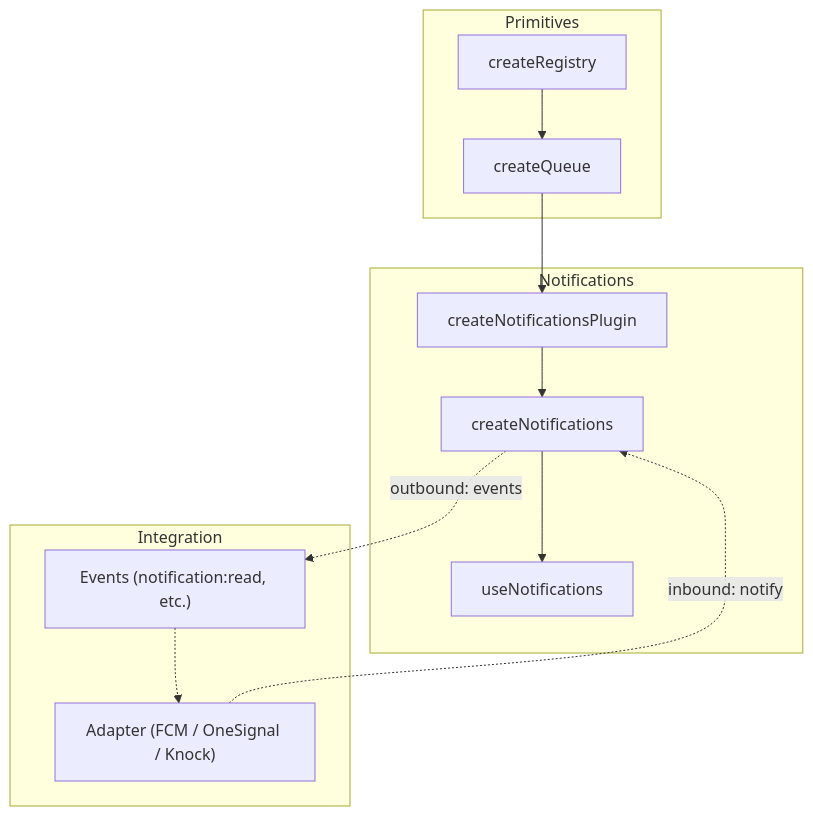
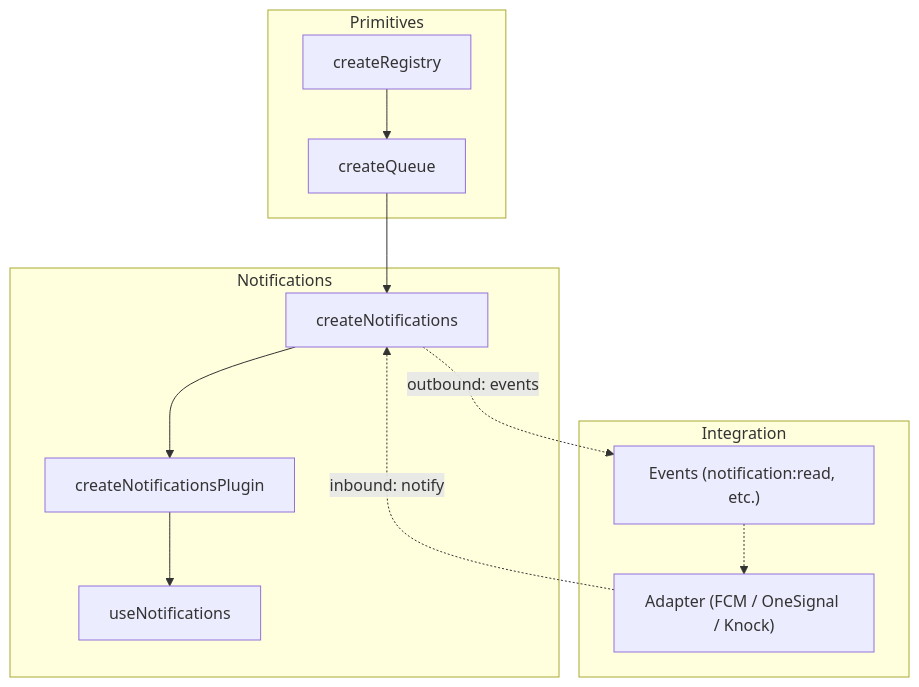
The diagram in apps/docs/src/pages/composables/plugins/use-notifications.md (vuetifyjs/0), drawn with Mermaid before and after one commit. The commit also changed other lines of this file and 1 other file, not shown here.

Commit message:
fix(useNotifications): address inspection findings
- Add fallback to createPluginContext (useNotifications works without provider)
- Remove double onScopeDispose (queue already self-disposes)
- Fix stale "actions" references in JSDoc and docs
- Fix mermaid diagram arrow direction
- Fix dismiss(id) → unregister(id) in docs
- Remove redundant type assertions
- Add @see URL to @module JSDoc

````diff
--- a/apps/docs/src/pages/composables/plugins/use-notifications.md
+++ b/apps/docs/src/pages/composables/plugins/use-notifications.md
@@ -80,26 +80,26 @@
 ```mermaid "Notification Architecture"
 flowchart TB
   subgraph Primitives
     Registry[createRegistry]
     Queue[createQueue]
   end
 
   subgraph Notifications
     Core[createNotifications]
     Plugin[createNotificationsPlugin]
     Use[useNotifications]
   end
 
   subgraph Integration
     Adapter["Adapter (FCM / OneSignal / Knock)"]
     Events["Events (notification:read, etc.)"]
   end
 
   Registry --> Queue
-  Queue --> Plugin
-  Plugin --> Core
-  Core --> Use
+  Queue --> Core
+  Core --> Plugin
+  Plugin --> Use
   Adapter -.->|inbound: notify| Core
   Core -.->|outbound: events| Events
   Events -.-> Adapter
 ```
````
